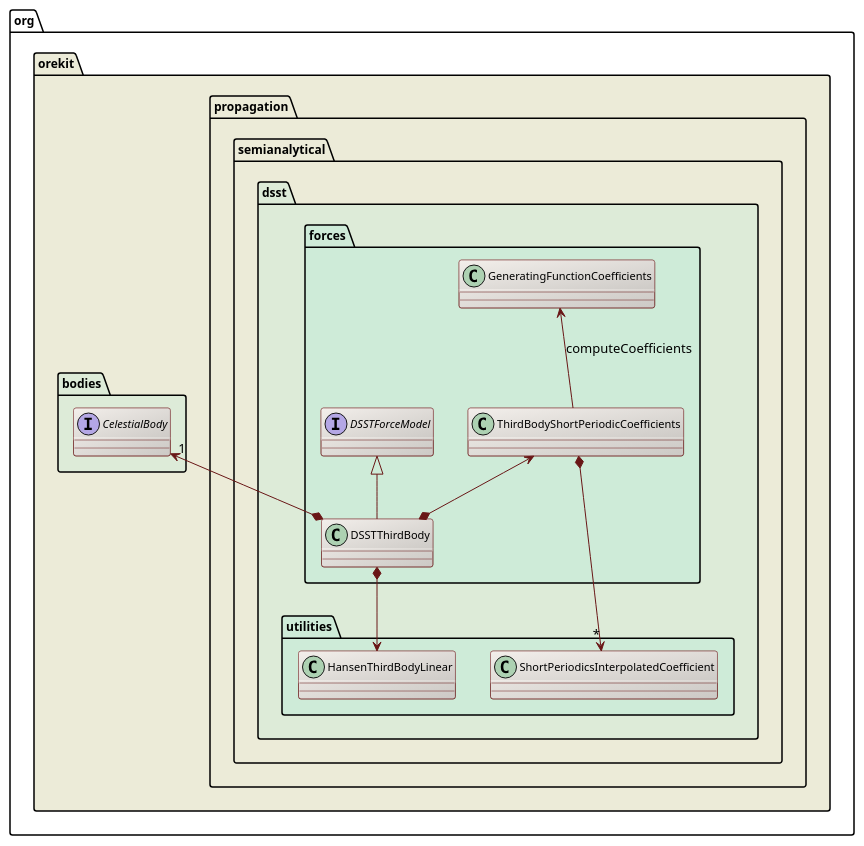
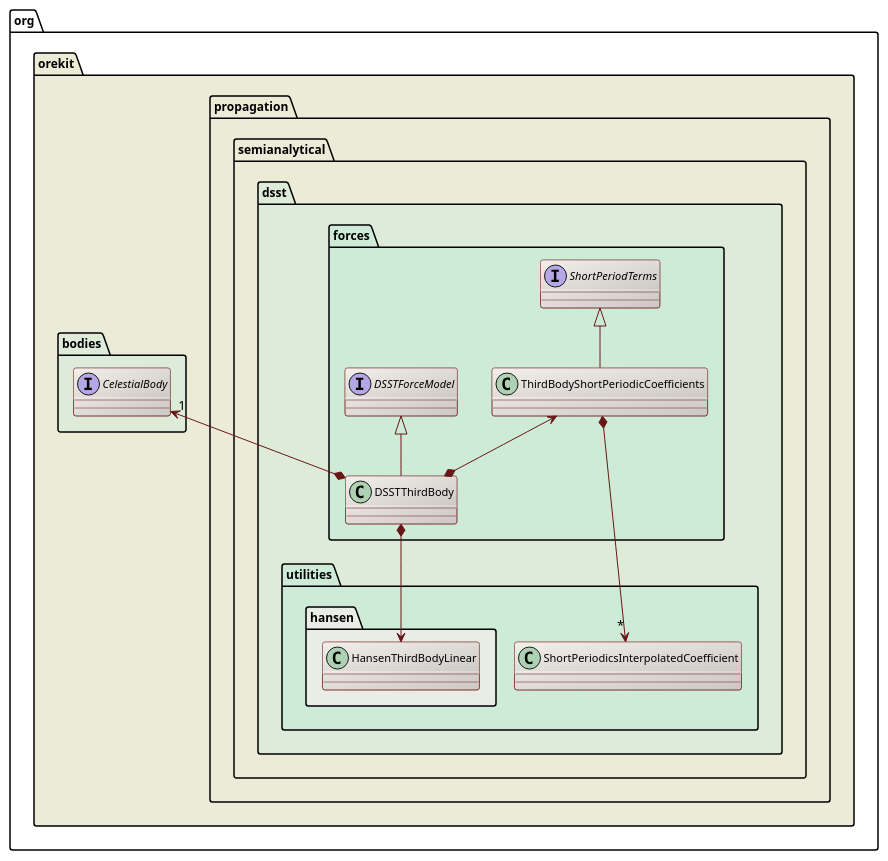
The diagram in src/design/dsst-third-body-class-diagram.puml (CS-SI/Orekit), drawn with PlantUML before and after one commit. The commit also changed 6 other files, not shown here.

Commit message:
Fixed wrong design diagram.

```diff
--- a/src/design/dsst-third-body-class-diagram.puml
+++ b/src/design/dsst-third-body-class-diagram.puml
@@ -17,38 +17,42 @@
 @startuml
 
   skinparam svek                  true
   skinparam ClassBackgroundColor  #F3EFEB/CCC9C5
   skinparam ClassArrowColor       #691616
   skinparam ClassBorderColor      #691616
   skinparam NoteBackgroundColor   #F3EFEB
   skinparam NoteBorderColor       #691616
   skinparam NoteFontColor         #691616
   skinparam ClassFontSize         11
   skinparam PackageFontSize       12
 
   package org.orekit #ECEBD8 {
 
     package propagation.semianalytical.dsst #DDEBD8 {
 
       Package forces #CEEBD8 {
-        GeneratingFunctionCoefficients <-- ThirdBodyShortPeriodicCoefficients : computeCoefficients
         ThirdBodyShortPeriodicCoefficients <--* DSSTThirdBody
         interface DSSTForceModel
+        interface ShortPeriodTerms
+         ShortPeriodTerms <|-- ThirdBodyShortPeriodicCoefficients
         DSSTForceModel <|-- DSSTThirdBody
       }
 
       package utilities #CEEBD8 {
+        package hansen #EAECE6 {
+          class HansenThirdBodyLinear
+        }
           ThirdBodyShortPeriodicCoefficients *--> "*" ShortPeriodicsInterpolatedCoefficient
           DSSTThirdBody *--> HansenThirdBodyLinear
        }
 
     }
     package bodies #DDEBD8 {
         interface CelestialBody
         CelestialBody "1" <--* DSSTThirdBody
     }
 
 
   }
 
 @enduml
```
